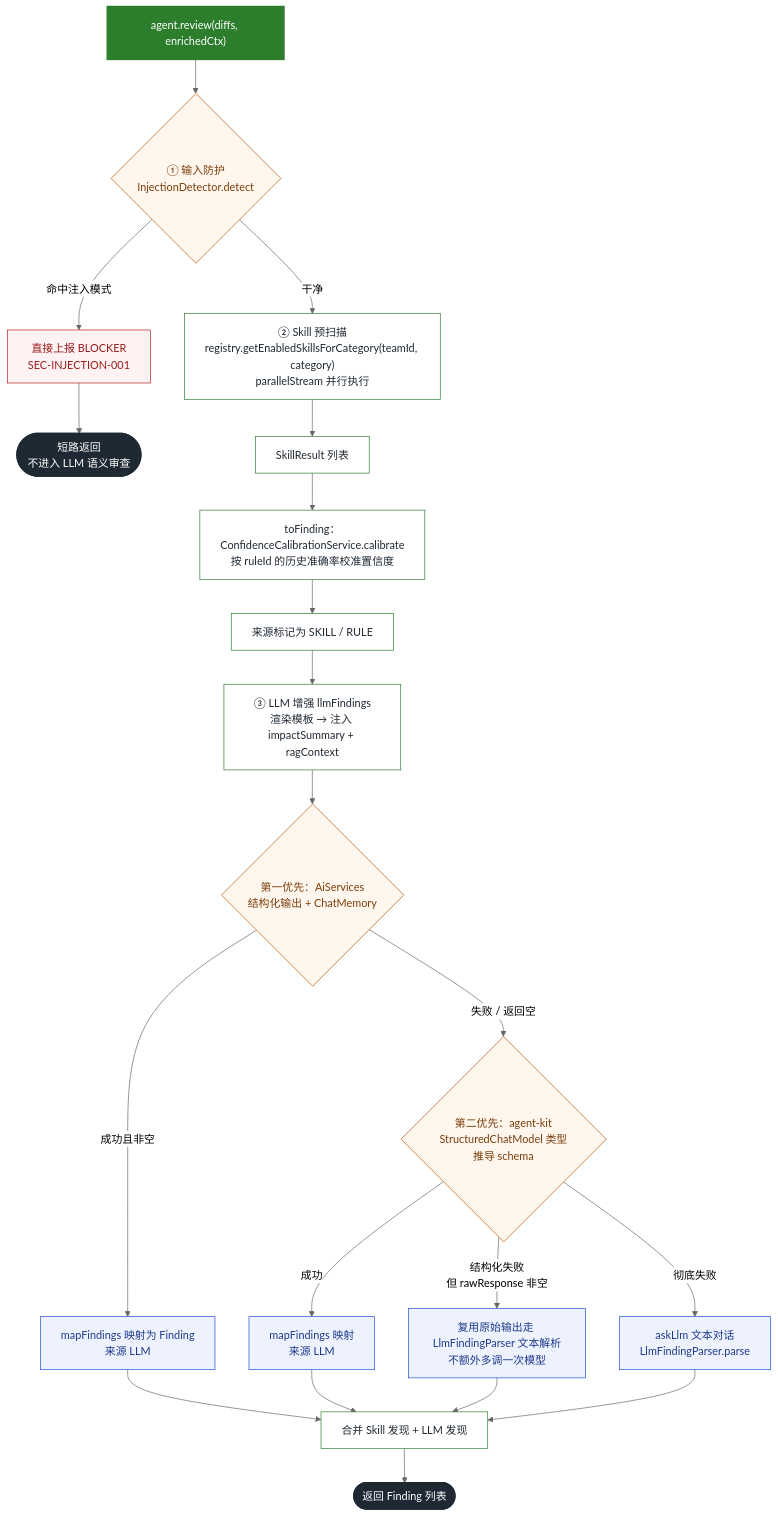
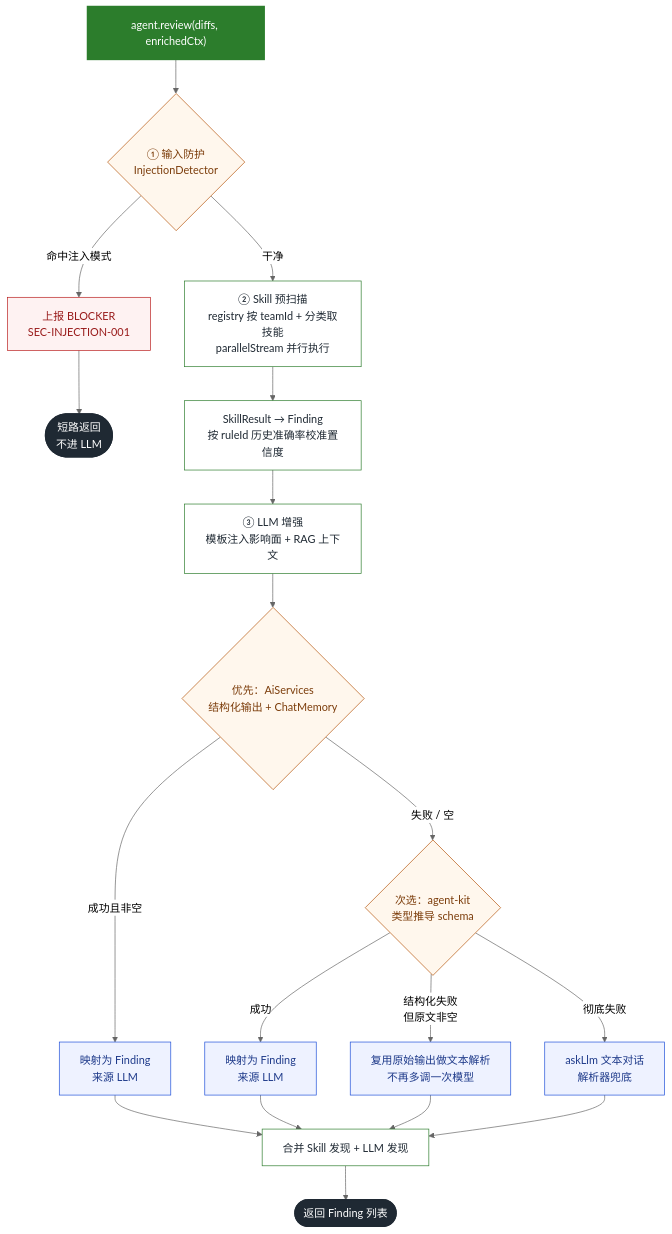
Before and after one commit to 13liyunfei/code-review-agent: the diagram in docs/diagrams/l3-single-agent.mmd, drawn with Mermaid (neutral theme). The commit also changed 19 other files, not shown here.

First line of the commit message:
docs: 重排业务流程图集，修复内联 SVG 样式失效与文字溢出

```diff
--- a/docs/diagrams/l3-single-agent.mmd
+++ b/docs/diagrams/l3-single-agent.mmd
@@ -1,38 +1,36 @@
 flowchart TD
-    A["agent.review(diffs, enrichedCtx)"] --> B{"① 输入防护<br/>InjectionDetector.detect"}
-    B -->|"命中注入模式"| B1["直接上报 BLOCKER<br/>SEC-INJECTION-001"]
-    B1 --> B2(["短路返回<br/>不进入 LLM 语义审查"])
-    B -->|"干净"| C
+    A["agent.review(diffs, enrichedCtx)"] --> B{"① 输入防护<br/>InjectionDetector"}
 
-    C["② Skill 预扫描<br/>registry.getEnabledSkillsForCategory(teamId, category)<br/>parallelStream 并行执行"] --> D["SkillResult 列表"]
-    D --> E["toFinding：ConfidenceCalibrationService.calibrate<br/>按 ruleId 的历史准确率校准置信度"]
-    E --> F["来源标记为 SKILL / RULE"]
+    B -->|"命中注入模式"| B1["上报 BLOCKER<br/>SEC-INJECTION-001"]
+    B1 --> B2(["短路返回<br/>不进 LLM"])
 
-    F --> G["③ LLM 增强 llmFindings<br/>渲染模板 → 注入 impactSummary + ragContext"]
-    G --> H{"第一优先：AiServices<br/>结构化输出 + ChatMemory"}
-    H -->|"成功且非空"| H1["mapFindings 映射为 Finding<br/>来源 LLM"]
-    H -->|"失败 / 返回空"| I{"第二优先：agent-kit<br/>StructuredChatModel 类型推导 schema"}
+    B -->|"干净"| C["② Skill 预扫描<br/>registry 按 teamId + 分类取技能<br/>parallelStream 并行执行"]
+    C --> D["SkillResult → Finding<br/>按 ruleId 历史准确率校准置信度"]
 
-    I -->|"成功"| I1["mapFindings 映射<br/>来源 LLM"]
-    I -->|"结构化失败<br/>但 rawResponse 非空"| J["复用原始输出走 LlmFindingParser 文本解析<br/>不额外多调一次模型"]
-    I -->|"彻底失败"| K["askLlm 文本对话<br/>LlmFindingParser.parse"]
+    D --> G["③ LLM 增强<br/>模板注入影响面 + RAG 上下文"]
+    G --> H{"优先：AiServices<br/>结构化输出 + ChatMemory"}
+    H -->|"成功且非空"| H1["映射为 Finding<br/>来源 LLM"]
+
+    H -->|"失败 / 空"| I{"次选：agent-kit<br/>类型推导 schema"}
+    I -->|"成功"| I1["映射为 Finding<br/>来源 LLM"]
+    I -->|"结构化失败<br/>但原文非空"| J["复用原始输出做文本解析<br/>不再多调一次模型"]
+    I -->|"彻底失败"| K["askLlm 文本对话<br/>解析器兜底"]
 
     H1 --> M
     I1 --> M
     J --> M
     K --> M
-
     M["合并 Skill 发现 + LLM 发现"] --> N(["返回 Finding 列表"])
 
     classDef start fill:#2c7d2c,stroke:#2c7d2c,stroke-width:2px,color:#fff;
     classDef endn fill:#1f2933,stroke:#1f2933,stroke-width:2px,color:#fff;
     classDef proc fill:#FFFFFF,stroke:#2c7d2c,stroke-width:1px,color:#1f2933;
     classDef dec fill:#FFF7ED,stroke:#b45309,stroke-width:1px,color:#7c3d0b;
     classDef short fill:#FEF2F2,stroke:#b91c1c,stroke-width:1px,color:#991b1b;
     classDef llm fill:#EEF2FF,stroke:#1d4ed8,stroke-width:1px,color:#1e3a8a;
     class A start;
     class N,B2 endn;
-    class C,D,E,F,G,M proc;
+    class C,D,G,M proc;
     class B,H,I dec;
     class B1 short;
     class H1,I1,J,K llm;
```
